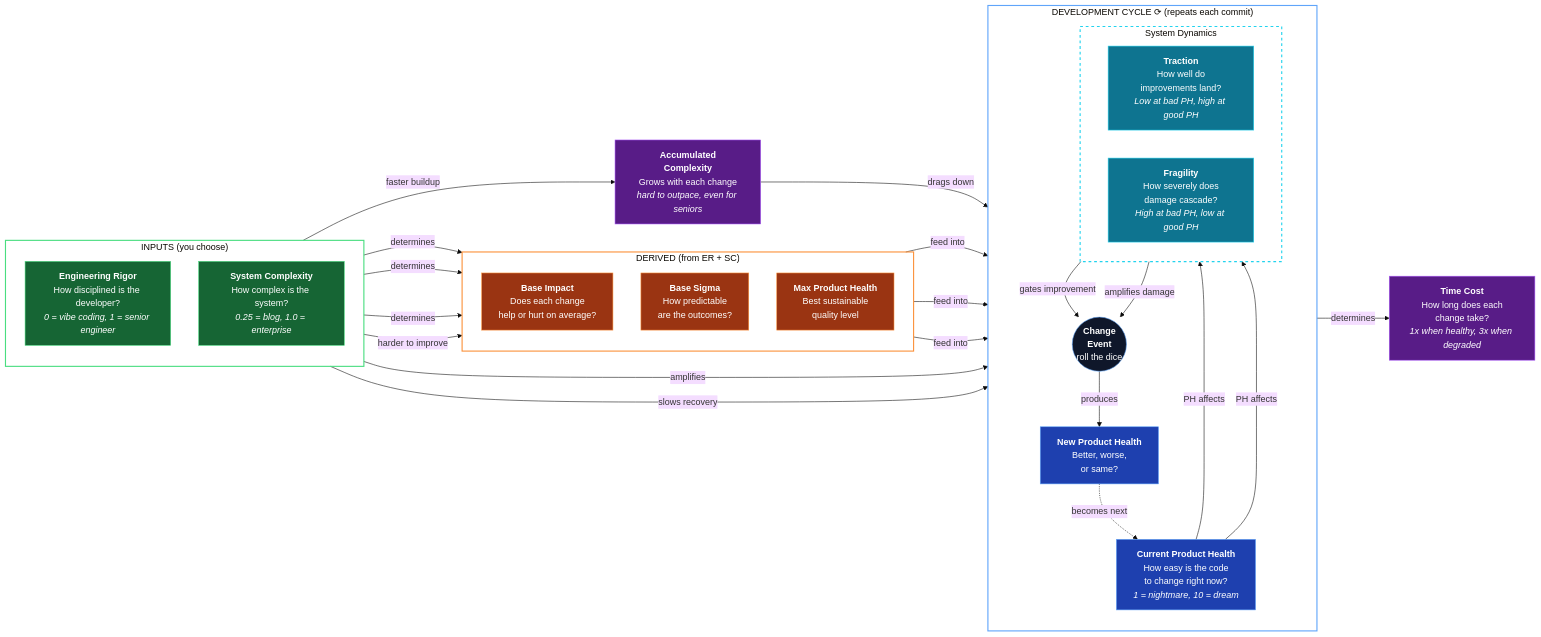
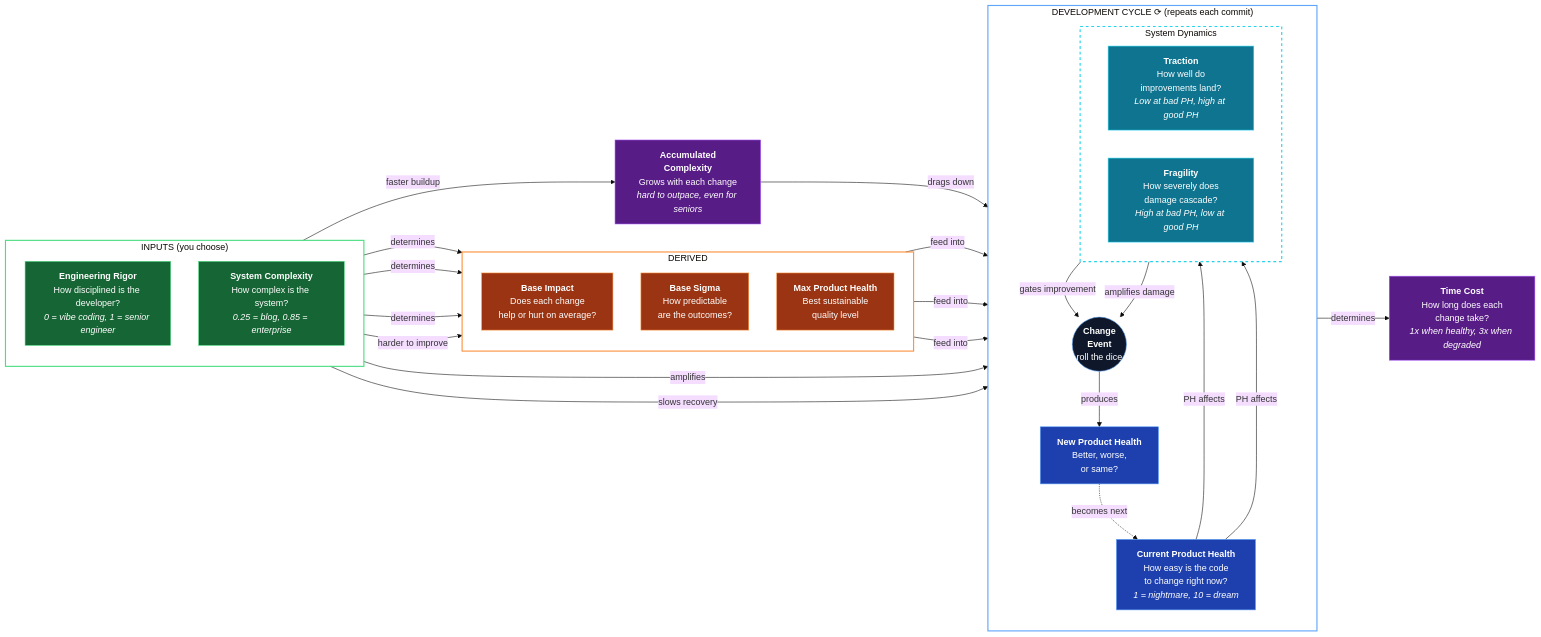
One commit to dawid-dahl-umain/product-health-dynamics changed the diagram in README.md. Above: the diagram before and after it, drawn with Mermaid (base theme). The commit also changed other lines of this file and 7 other files, not shown here.

Commit message:
refactor: update README for clarity on engineering rigor and system complexity, adjust simulation model parameters for enterprise complexity, and enhance test cases for breakeven rigor calculations

````diff
--- a/README.md
+++ b/README.md
@@ -68,67 +68,67 @@
 ```mermaid
 flowchart LR
     subgraph inputs ["INPUTS (you choose)"]
         direction TB
         ER["<b>Engineering Rigor</b><br/>How disciplined is the developer?<br/><i>0 = vibe coding, 1 = senior engineer</i>"]
-        SC["<b>System Complexity</b><br/>How complex is the system?<br/><i>0.25 = blog, 1.0 = enterprise</i>"]
+        SC["<b>System Complexity</b><br/>How complex is the system?<br/><i>0.25 = blog, 0.85 = enterprise</i>"]
     end
 
-    subgraph derived ["DERIVED (from ER + SC)"]
+    subgraph derived ["DERIVED"]
         direction TB
         BI["<b>Base Impact</b><br/>Does each change<br/>help or hurt on average?"]
         BS["<b>Base Sigma</b><br/>How predictable<br/>are the outcomes?"]
         MH["<b>Max Product Health</b><br/>Best sustainable<br/>quality level"]
     end
 
     subgraph loop ["DEVELOPMENT CYCLE ⟳ (repeats each commit)"]
         direction TB
         PH["<b>Current Product Health</b><br/>How easy is the code<br/>to change right now?<br/><i>1 = nightmare, 10 = dream</i>"]
 
         subgraph state ["System Dynamics"]
             direction LR
             TR["<b>Traction</b><br/>How well do<br/>improvements land?<br/><i>Low at bad PH, high at good PH</i>"]
             FR["<b>Fragility</b><br/>How severely does<br/>damage cascade?<br/><i>High at bad PH, low at good PH</i>"]
         end
 
         CE(("<b>Change</b><br/><b>Event</b><br/>roll the dice"))
         NPH["<b>New Product Health</b><br/>Better, worse,<br/>or same?"]
 
         PH -->|"PH affects"| TR & FR
         TR -->|"gates improvement"| CE
         FR -->|"amplifies damage"| CE
         CE -->|"produces"| NPH
         NPH -.->|"becomes next"| PH
     end
 
     style state fill:none,stroke:#22d3ee,stroke-width:2px,stroke-dasharray: 5 5
 
     AC["<b>Accumulated</b><br/><b>Complexity</b><br/>Grows with each change<br/><i>hard to outpace, even for seniors</i>"]
     TC["<b>Time Cost</b><br/>How long does each<br/>change take?<br/><i>1x when healthy, 3x when degraded</i>"]
 
     ER -->|"determines"| BI & BS & MH
     SC -->|"harder to improve"| BI
     SC -->|"amplifies"| FR
     SC -->|"slows recovery"| TR
     SC -->|"faster buildup"| AC
     BI & BS & MH -->|"feed into"| CE
     AC -->|"drags down"| CE
     PH -->|"determines"| TC
 
     style inputs fill:none,stroke:#4ade80,stroke-width:2px
     style derived fill:none,stroke:#fb923c,stroke-width:2px
     style loop fill:none,stroke:#60a5fa,stroke-width:2px
 
     classDef inputNode fill:#166534,stroke:#4ade80,color:#fff
     classDef derivedNode fill:#9a3412,stroke:#fb923c,color:#fff
     classDef loopNode fill:#1e40af,stroke:#60a5fa,color:#fff
     classDef stateNode fill:#0e7490,stroke:#22d3ee,color:#fff
     classDef timeNode fill:#581c87,stroke:#a855f7,color:#fff
     classDef eventNode fill:#0f172a,stroke:#60a5fa,color:#fff
 
     class ER,SC inputNode
     class BI,BS,MH derivedNode
     class PH,NPH loopNode
     class TR,FR stateNode
     class CE eventNode
     class AC,TC timeNode
 ```
````
